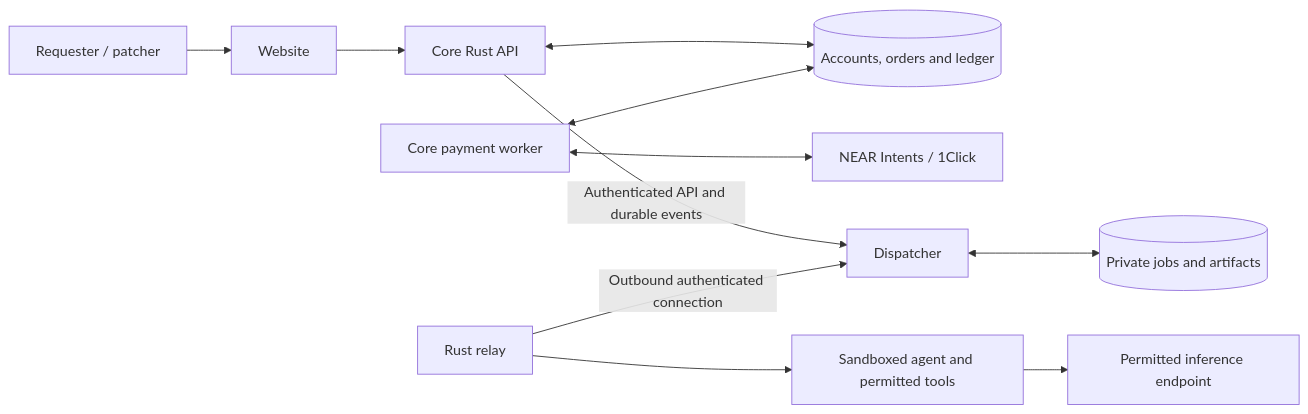
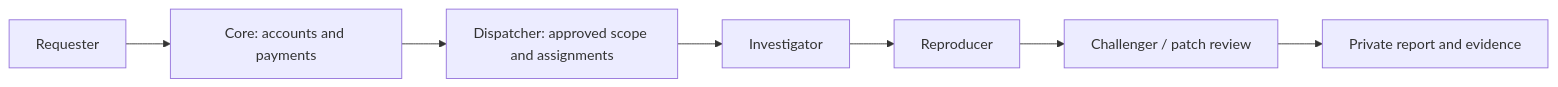
One commit to adaki2004/patchriot-core changed the diagram in README.md. Above: the diagram before and after it, drawn with Mermaid. The commit also changed other lines of this file, not shown here.

Commit message:
docs: shorten onboarding and emphasize independent security review

````diff
--- a/README.md
+++ b/README.md
@@ -101,13 +23,9 @@
 ```mermaid
 flowchart LR
-  U[Requester / patcher] --> W[Website]
-  W --> C[Core Rust API]
-  C <--> B[(Accounts, orders and ledger)]
-  P[Core payment worker] <--> B
-  P <--> N[NEAR Intents / 1Click]
-  C -->|Authenticated API and durable events| D[Dispatcher]
-  D <--> J[(Private jobs and artifacts)]
-  R[Rust relay] -->|Outbound authenticated connection| D
-  R --> S[Sandboxed agent and permitted tools]
-  S --> M[Permitted inference endpoint]
+  U[Requester] --> C[Core: accounts and payments]
+  C --> D[Dispatcher: approved scope and assignments]
+  D --> I[Investigator]
+  I --> R[Reproducer]
+  R --> V[Challenger / patch review]
+  V --> P[Private report and evidence]
 ```
````
